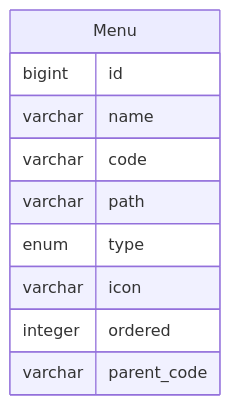
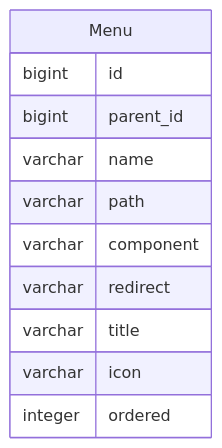
One commit to mrzhqiang/rowing changed the diagram in docs/1.develop/1.6.menu.md. Above: the diagram before and after it, drawn with Mermaid. The commit also changed other lines of this file and 9 other files, not shown here.

````diff
--- a/docs/1.develop/1.6.menu.md
+++ b/docs/1.develop/1.6.menu.md
@@ -30,13 +14,14 @@
 ```mermaid
 erDiagram
     Menu {
         bigint     id
+        bigint     parent_id
         varchar    name
-        varchar    code
         varchar    path
-        enum       type
+        varchar    component
+        varchar    redirect
+        varchar    title
         varchar    icon
         integer    ordered
-        varchar    parent_code
     }
 ```
````
